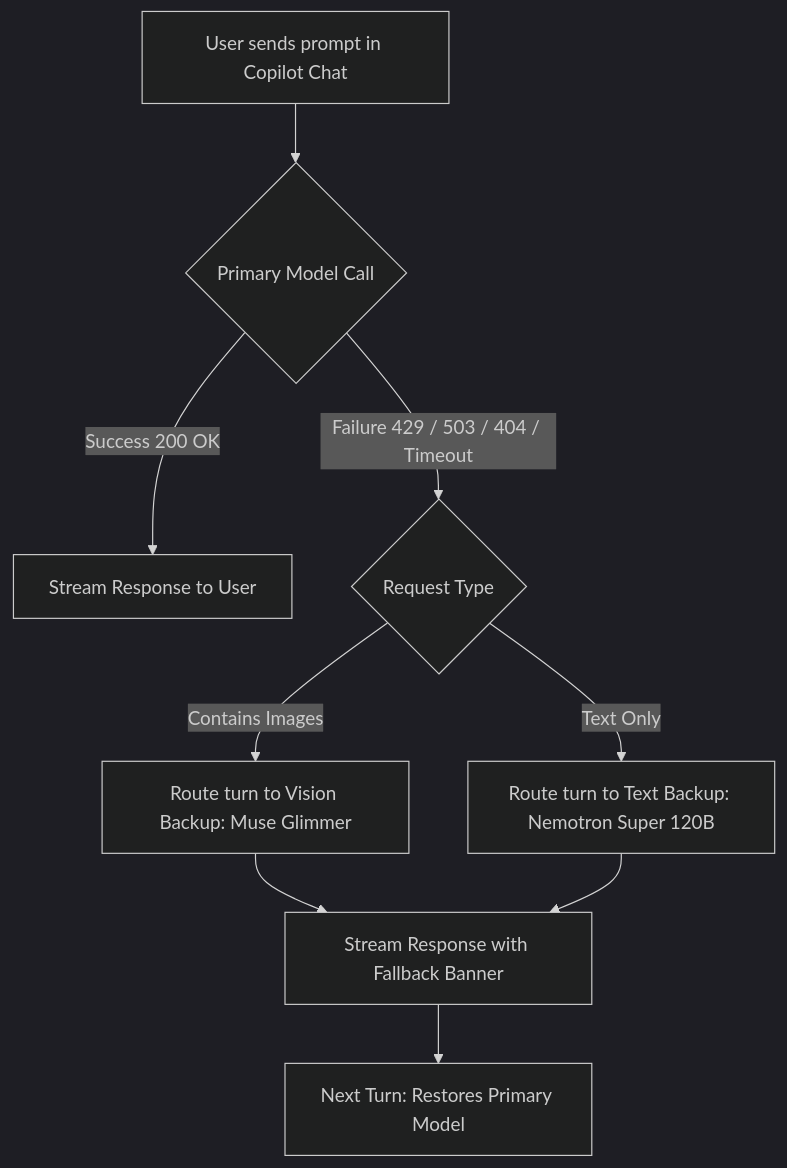
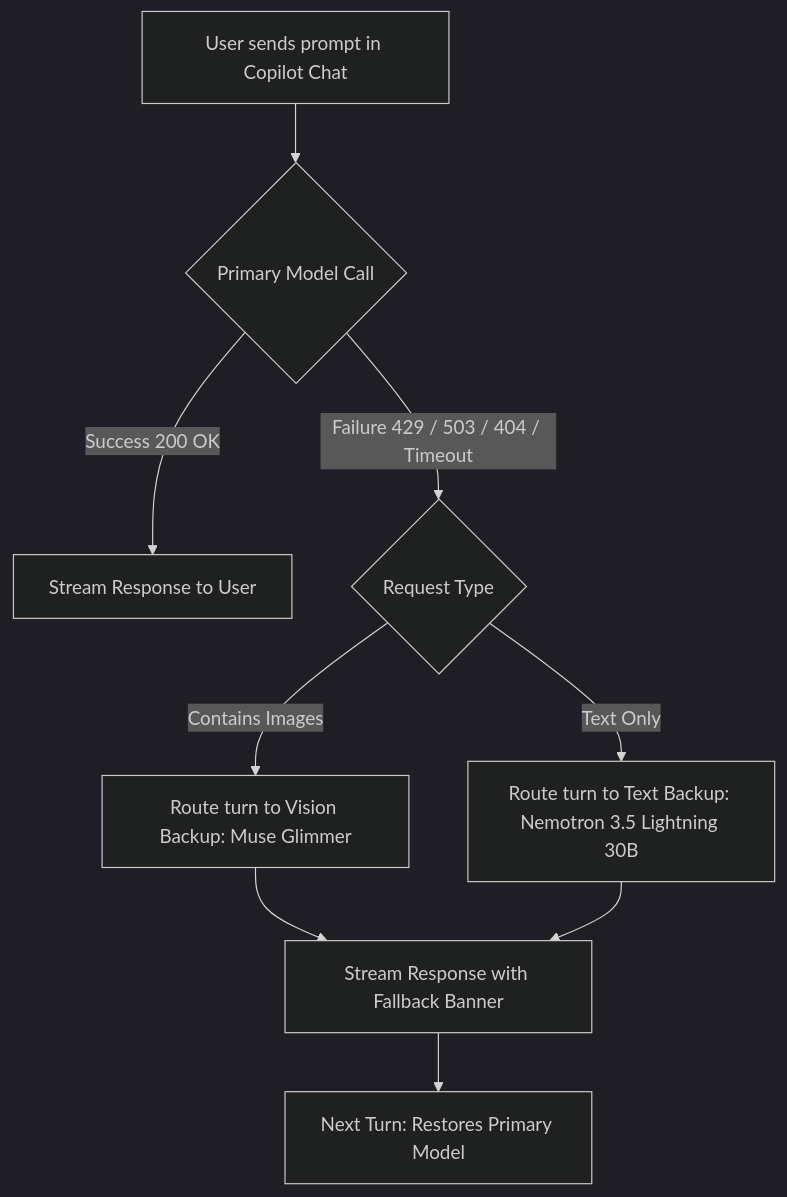
Before and after one commit to BaUka0/nvidia-nim-provider: the diagram in docs/failover.md, drawn with Mermaid (dark theme). The commit also changed other lines of this file and 28 other files, not shown here.

First line of the commit message:
fix: replace retired nemotron 3 super and recover from dead models

````diff
--- a/docs/failover.md
+++ b/docs/failover.md
@@ -16,11 +16,11 @@
 ```mermaid
 flowchart TD
     A[User sends prompt in Copilot Chat] --> B{Primary Model Call}
     B -- Success 200 OK --> C[Stream Response to User]
     B -- Failure 429 / 503 / 404 / Timeout --> D{Request Type}
     D -- Contains Images --> E[Route turn to Vision Backup: Muse Glimmer]
-    D -- Text Only --> F[Route turn to Text Backup: Nemotron Super 120B]
+    D -- Text Only --> F[Route turn to Text Backup: Nemotron 3.5 Lightning 30B]
     E --> G[Stream Response with Fallback Banner]
     F --> G
     G --> H[Next Turn: Restores Primary Model]
 ```
````
